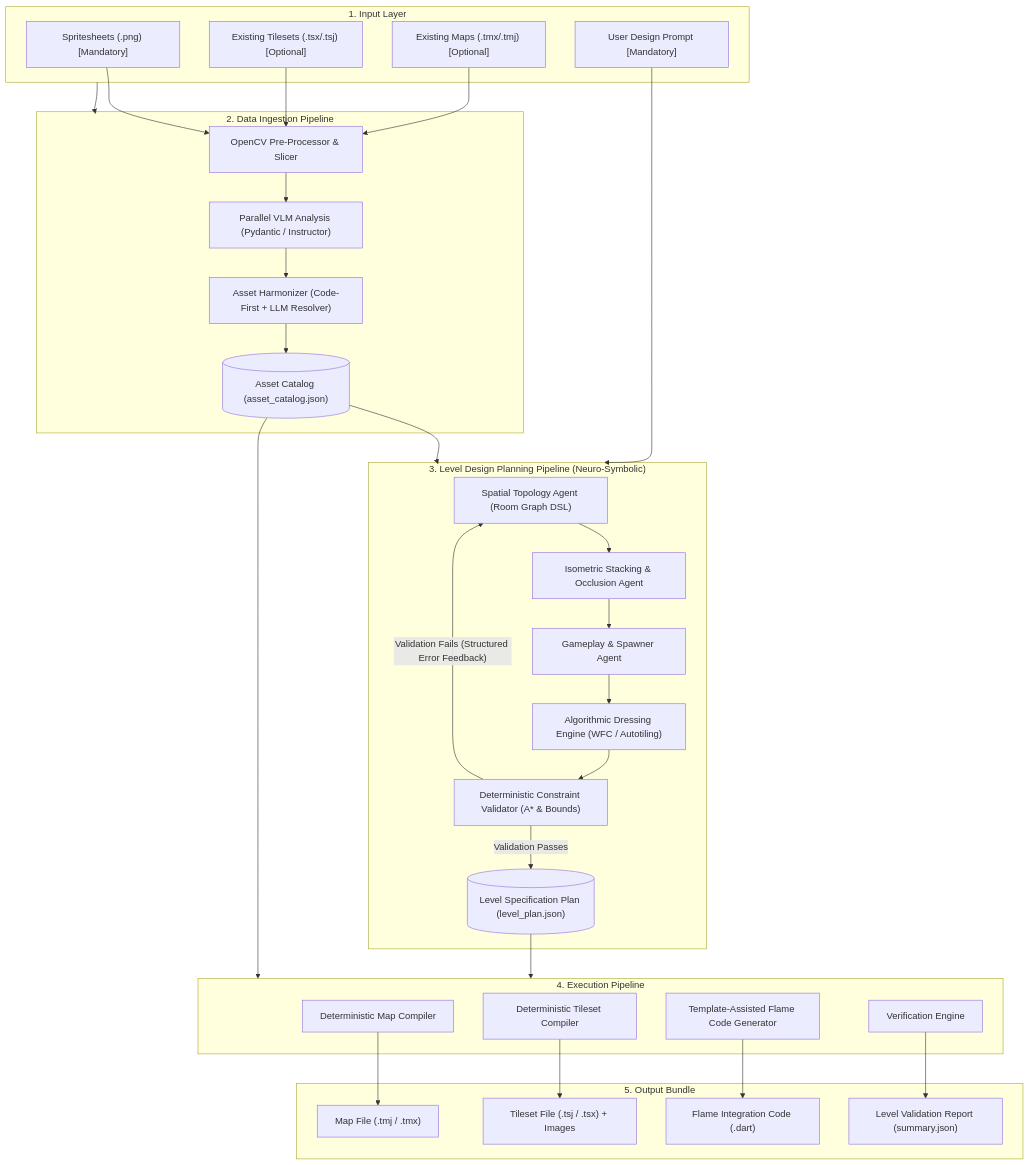
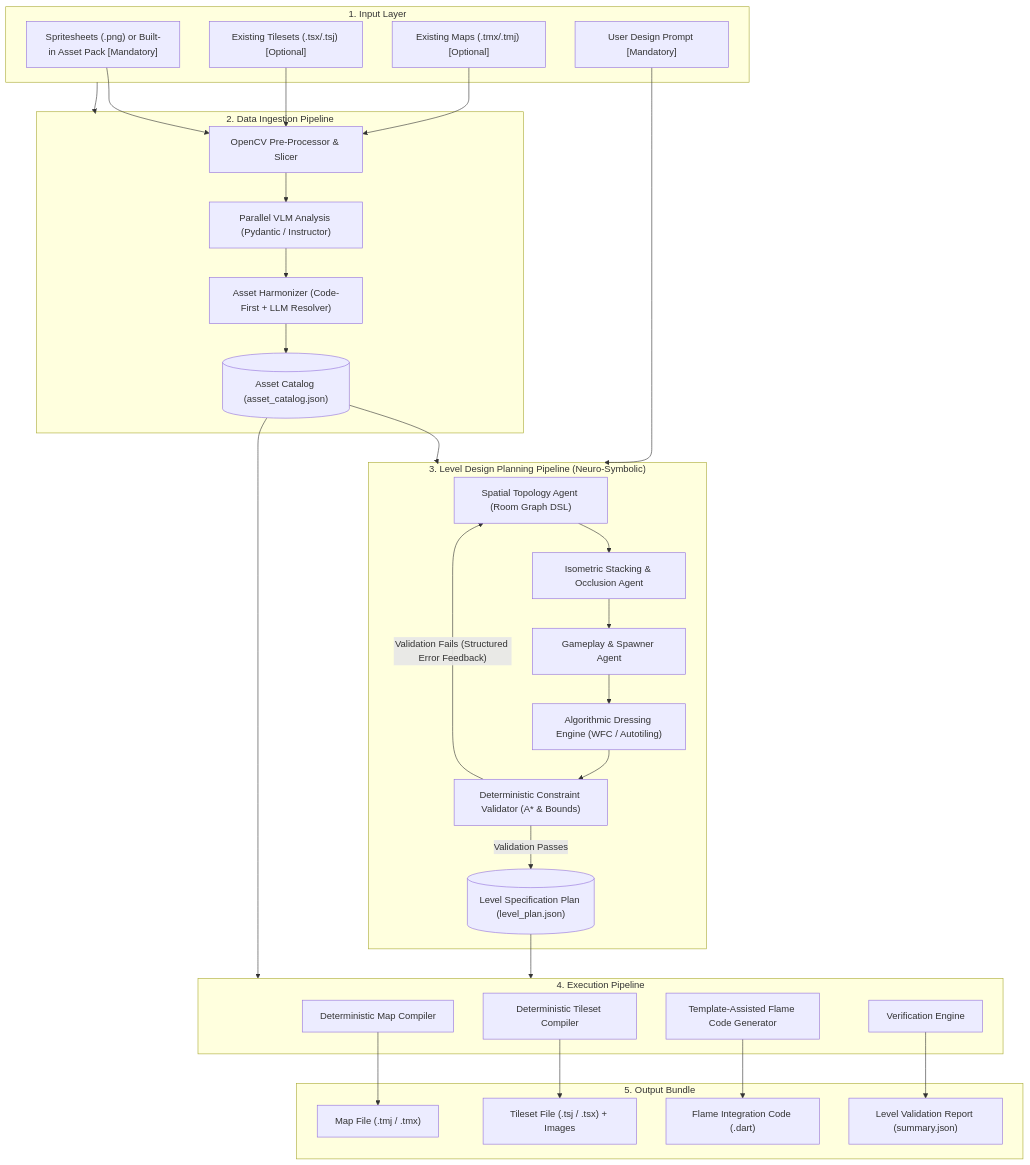
One commit to raf-xtgt/neuro-symbolic-level-designer changed the first of 4 diagrams in ARCHITECTURE.md. Above: the diagram before and after it, drawn with Mermaid. The commit also changed other lines of this file and 47 other files, not shown here.

````diff
--- a/ARCHITECTURE.md
+++ b/ARCHITECTURE.md
@@ -24,55 +45,55 @@
 ```mermaid
 flowchart TD
     subgraph Inputs ["1. Input Layer"]
-        A1["Spritesheets (.png) [Mandatory]"]
+        A1["Spritesheets (.png) or Built-in Asset Pack [Mandatory]"]
         A2["Existing Tilesets (.tsx/.tsj) [Optional]"]
         A3["Existing Maps (.tmx/.tmj) [Optional]"]
         A4["User Design Prompt [Mandatory]"]
     end
 
     subgraph Ingestion ["2. Data Ingestion Pipeline"]
         B1["OpenCV Pre-Processor & Slicer"]
         B2["Parallel VLM Analysis (Pydantic / Instructor)"]
         B3["Asset Harmonizer (Code-First + LLM Resolver)"]
         B4[("Asset Catalog (asset_catalog.json)")]
     end
 
     subgraph Planning ["3. Level Design Planning Pipeline (Neuro-Symbolic)"]
         C1["Spatial Topology Agent (Room Graph DSL)"]
         C2["Isometric Stacking & Occlusion Agent"]
         C3["Gameplay & Spawner Agent"]
         C4["Algorithmic Dressing Engine (WFC / Autotiling)"]
         C5["Deterministic Constraint Validator (A* & Bounds)"]
         C6[("Level Specification Plan (level_plan.json)")]
         
         C5 -- "Validation Fails (Structured Error Feedback)" --> C1
         C5 -- "Validation Passes" --> C6
     end
 
     subgraph Execution ["4. Execution Pipeline"]
         D1["Deterministic Map Compiler"]
         D2["Deterministic Tileset Compiler"]
         D3["Template-Assisted Flame Code Generator"]
         D4["Verification Engine"]
     end
 
     subgraph Outputs ["5. Output Bundle"]
         E1["Map File (.tmj / .tmx)"]
         E2["Tileset File (.tsj / .tsx) + Images"]
         E3["Flame Integration Code (.dart)"]
         E4["Level Validation Report (summary.json)"]
     end
 
     Inputs --> Ingestion
     A1 & A2 & A3 --> B1
     B1 --> B2 --> B3 --> B4
 
     B4 & A4 --> Planning
     C1 --> C2 --> C3 --> C4 --> C5
 
     B4 & C6 --> Execution
     D1 --> E1
     D2 --> E2
     D3 --> E3
     D4 --> E4
 ```
````
